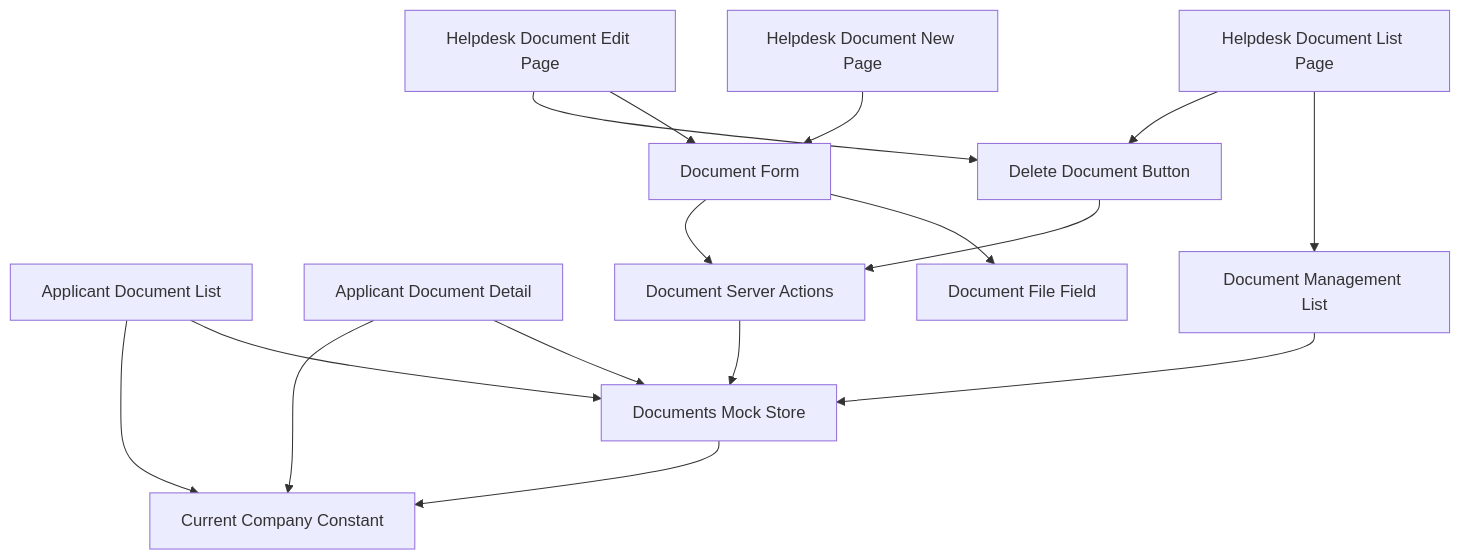
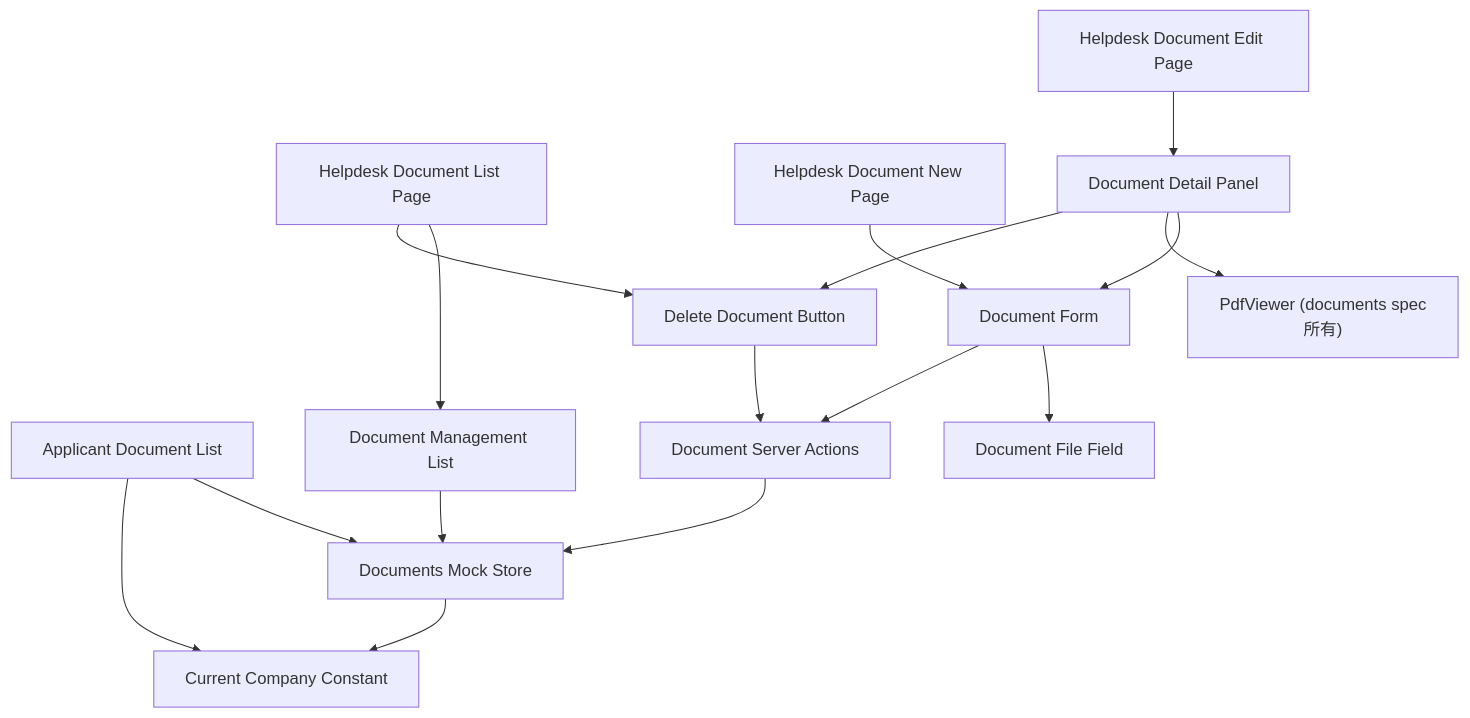
The first of 2 diagrams in .kiro/specs/documents-management/design.md (yuitosuenaga/daiso-portal-mock), drawn with Mermaid before and after one commit. The commit also changed other lines of this file and 24 other files, not shown here.

````diff
--- a/.kiro/specs/documents-management/design.md
+++ b/.kiro/specs/documents-management/design.md
@@ -63,28 +64,28 @@
 ```mermaid
 graph TB
     HelpdeskDocumentListPage[Helpdesk Document List Page]
     HelpdeskDocumentNewPage[Helpdesk Document New Page]
     HelpdeskDocumentEditPage[Helpdesk Document Edit Page]
     ApplicantDocumentList[Applicant Document List]
-    ApplicantDocumentDetail[Applicant Document Detail]
 
     HelpdeskDocumentListPage --> DocumentManagementList[Document Management List]
     HelpdeskDocumentListPage --> DeleteDocumentButton[Delete Document Button]
     HelpdeskDocumentNewPage --> DocumentForm[Document Form]
-    HelpdeskDocumentEditPage --> DocumentForm
-    HelpdeskDocumentEditPage --> DeleteDocumentButton
+    HelpdeskDocumentEditPage --> DocumentDetailPanel[Document Detail Panel]
+
+    DocumentDetailPanel --> DocumentForm
+    DocumentDetailPanel --> PdfViewer["PdfViewer (documents spec所有)"]
+    DocumentDetailPanel --> DeleteDocumentButton
 
     DocumentForm --> DocumentFileField[Document File Field]
     DocumentForm --> DocumentActions[Document Server Actions]
     DeleteDocumentButton --> DocumentActions
 
     DocumentActions --> DocumentsStore[Documents Mock Store]
 
     DocumentManagementList --> DocumentsStore
     ApplicantDocumentList --> DocumentsStore
-    ApplicantDocumentDetail --> DocumentsStore
 
     DocumentsStore --> CurrentCompany[Current Company Constant]
     ApplicantDocumentList --> CurrentCompany
-    ApplicantDocumentDetail --> CurrentCompany
 ```
````
